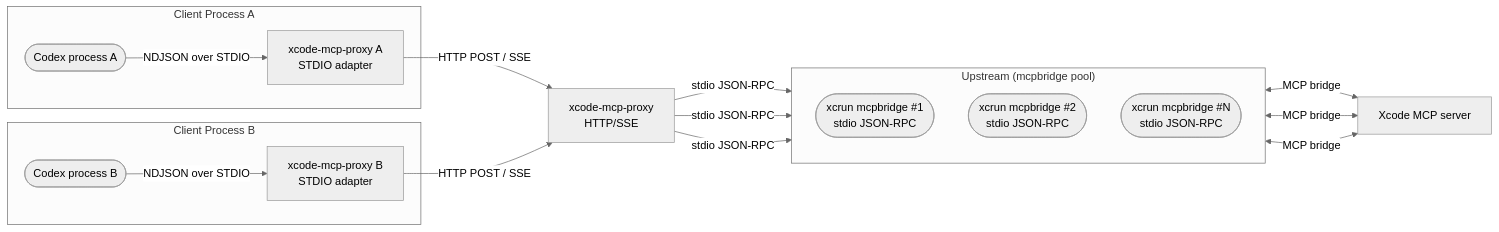
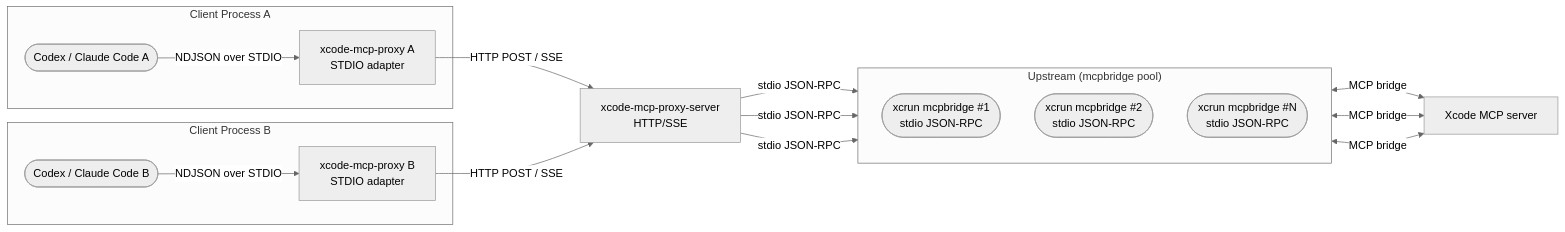
Before and after one commit to romanr/XcodeMCPKit: the second of 2 diagrams in Docs/architecture.md, drawn with Mermaid (neutral theme). The commit also changed other lines of this file and 16 other files, not shown here.

Commit message:
fix: add proxy server --force-restart

````diff
--- a/Docs/architecture.md
+++ b/Docs/architecture.md
@@ -40,32 +40,32 @@
 ```mermaid
 flowchart LR
   subgraph A["Client Process A"]
-    clientA(["Codex process A"])
+    clientA(["Codex / Claude Code A"])
     adapterA["xcode-mcp-proxy A<br/>STDIO adapter"]
     clientA -->|NDJSON over STDIO| adapterA
   end
 
   subgraph B["Client Process B"]
-    clientB(["Codex process B"])
+    clientB(["Codex / Claude Code B"])
     adapterB["xcode-mcp-proxy B<br/>STDIO adapter"]
     clientB -->|NDJSON over STDIO| adapterB
   end
 
-  proxy["xcode-mcp-proxy<br/>HTTP/SSE"]
+  proxy["xcode-mcp-proxy-server<br/>HTTP/SSE"]
   subgraph Upstreams["Upstream (mcpbridge pool)"]
     direction TB
     upstream1(["xcrun mcpbridge #1<br/>stdio JSON-RPC"])
     upstream2(["xcrun mcpbridge #2<br/>stdio JSON-RPC"])
     upstreamN(["xcrun mcpbridge #N<br/>stdio JSON-RPC"])
   end
   xcode["Xcode MCP server"]
 
   adapterA -->|HTTP POST / SSE| proxy
   adapterB -->|HTTP POST / SSE| proxy
   proxy -->|stdio JSON-RPC| upstream1
   proxy -->|stdio JSON-RPC| upstream2
   proxy -->|stdio JSON-RPC| upstreamN
   upstream1 <--> |MCP bridge| xcode
   upstream2 <--> |MCP bridge| xcode
   upstreamN <--> |MCP bridge| xcode
 ```
````
